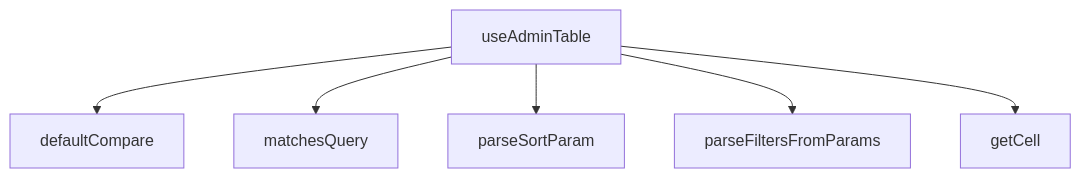
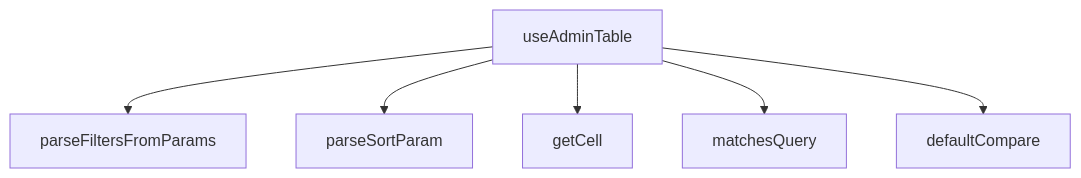
One commit to peckop/venthub-hvac-esite changed the diagram in src/hooks/useAdminTable.md. Above: the diagram before and after it, drawn with Mermaid. The commit also changed other lines of this file and 169 other files, not shown here.

````diff
--- a/src/hooks/useAdminTable.md
+++ b/src/hooks/useAdminTable.md
@@ -290,14 +290,14 @@
 ```mermaid
 graph TD
     useAdminTable_ts__defaultCompare["defaultCompare"]
     useAdminTable_ts__getCell["getCell"]
     useAdminTable_ts__matchesQuery["matchesQuery"]
     useAdminTable_ts__parseFiltersFromParams["parseFiltersFromParams"]
     useAdminTable_ts__parseSortParam["parseSortParam"]
     useAdminTable_ts__useAdminTable["useAdminTable"]
+    useAdminTable_ts__useAdminTable --> useAdminTable_ts__parseFiltersFromParams
+    useAdminTable_ts__useAdminTable --> useAdminTable_ts__parseSortParam
+    useAdminTable_ts__useAdminTable --> useAdminTable_ts__getCell
+    useAdminTable_ts__useAdminTable --> useAdminTable_ts__matchesQuery
     useAdminTable_ts__useAdminTable --> useAdminTable_ts__defaultCompare
-    useAdminTable_ts__useAdminTable --> useAdminTable_ts__matchesQuery
-    useAdminTable_ts__useAdminTable --> useAdminTable_ts__parseSortParam
-    useAdminTable_ts__useAdminTable --> useAdminTable_ts__parseFiltersFromParams
-    useAdminTable_ts__useAdminTable --> useAdminTable_ts__getCell
 ```
````
